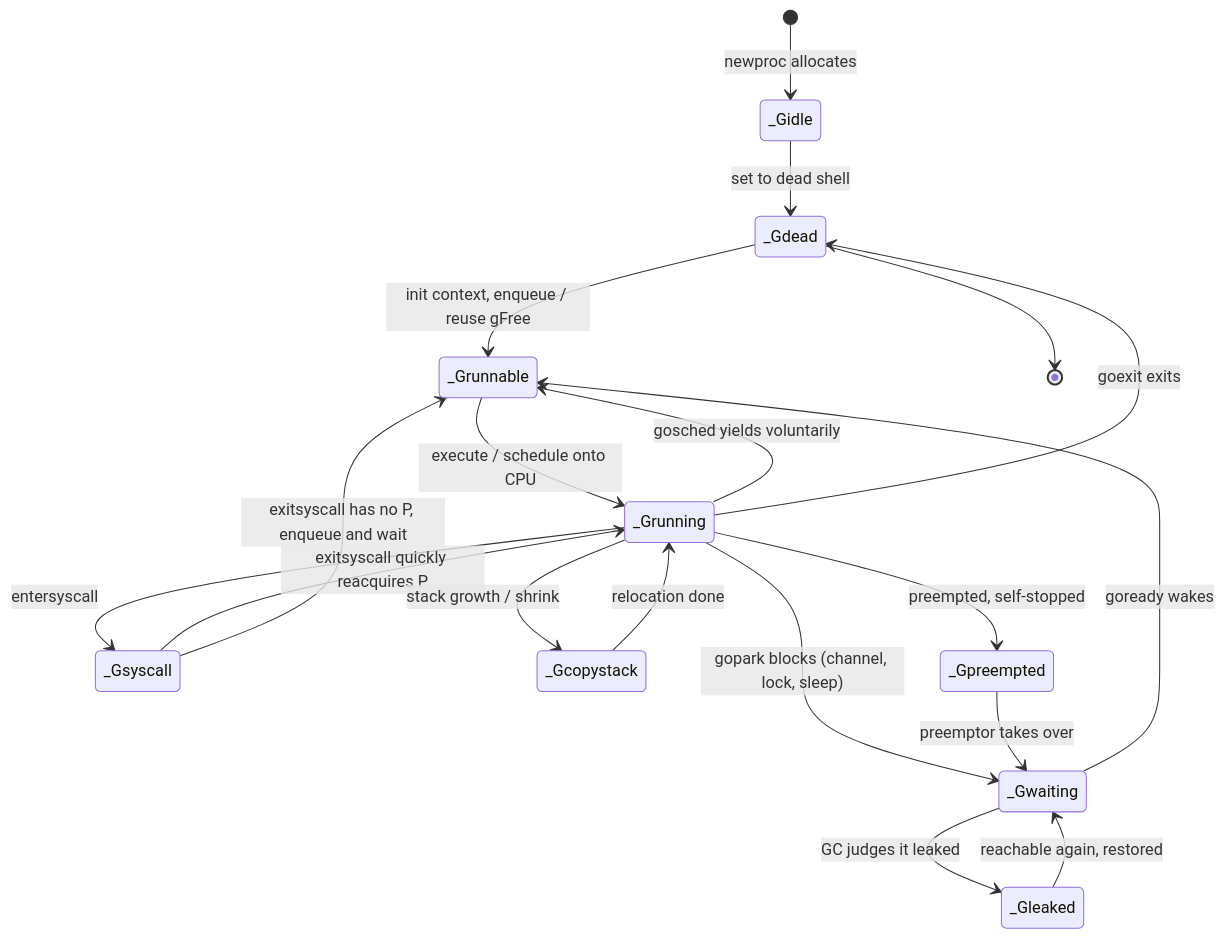
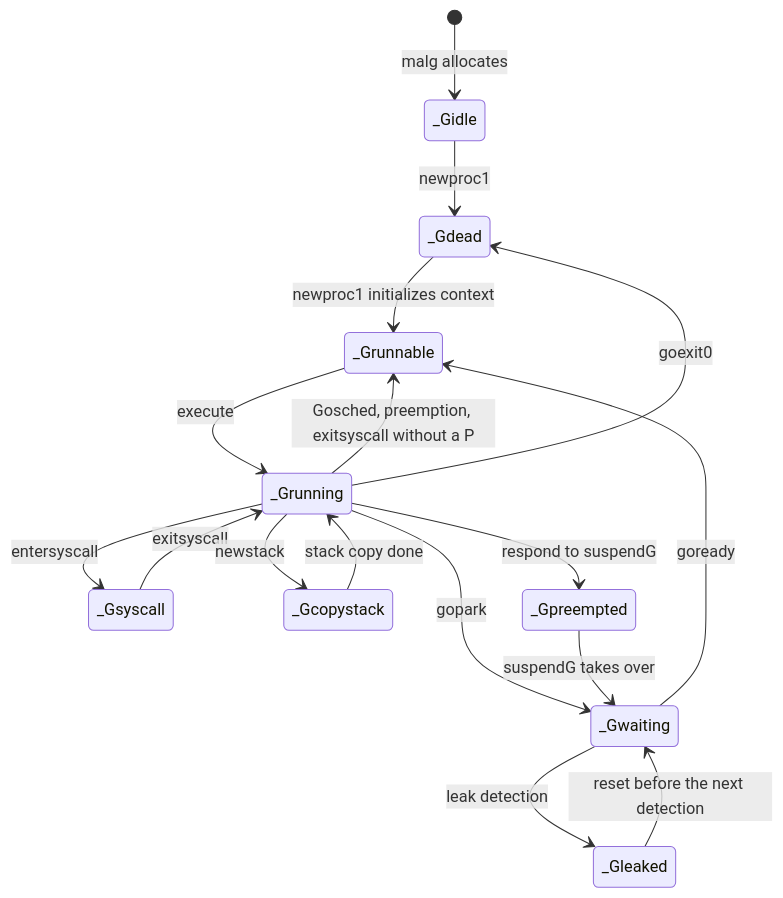
The diagram in book/en-us/part3concurrency/ch09sched/mpg.md (golang-design/under-the-hood), drawn with Mermaid before and after one commit. The commit also changed other lines of this file and 30 other files, not shown here.

````diff
--- a/book/en-us/part3concurrency/ch09sched/mpg.md
+++ b/book/en-us/part3concurrency/ch09sched/mpg.md
@@ -145,21 +323,19 @@
 ```mermaid
 stateDiagram-v2
-    [*] --> _Gidle: newproc allocates
-    _Gidle --> _Gdead: set to dead shell
-    _Gdead --> _Grunnable: init context, enqueue / reuse gFree
-    _Grunnable --> _Grunning: execute / schedule onto CPU
-    _Grunning --> _Grunnable: gosched yields voluntarily
-    _Grunning --> _Gwaiting: gopark blocks (channel, lock, sleep)
-    _Gwaiting --> _Grunnable: goready wakes
+    [*] --> _Gidle: malg allocates
+    _Gidle --> _Gdead: newproc1
+    _Gdead --> _Grunnable: newproc1 initializes context
+    _Grunnable --> _Grunning: execute
+    _Grunning --> _Grunnable: Gosched, preemption, exitsyscall without a P
+    _Grunning --> _Gwaiting: gopark
+    _Gwaiting --> _Grunnable: goready
     _Grunning --> _Gsyscall: entersyscall
-    _Gsyscall --> _Grunning: exitsyscall quickly reacquires P
-    _Gsyscall --> _Grunnable: exitsyscall has no P, enqueue and wait
-    _Grunning --> _Gcopystack: stack growth / shrink
-    _Gcopystack --> _Grunning: relocation done
-    _Grunning --> _Gpreempted: preempted, self-stopped
-    _Gpreempted --> _Gwaiting: preemptor takes over
-    _Gwaiting --> _Gleaked: GC judges it leaked
-    _Gleaked --> _Gwaiting: reachable again, restored
-    _Grunning --> _Gdead: goexit exits
-    _Gdead --> [*]
+    _Gsyscall --> _Grunning: exitsyscall
+    _Grunning --> _Gcopystack: newstack
+    _Gcopystack --> _Grunning: stack copy done
+    _Grunning --> _Gpreempted: respond to suspendG
+    _Gpreempted --> _Gwaiting: suspendG takes over
+    _Gwaiting --> _Gleaked: leak detection
+    _Gleaked --> _Gwaiting: reset before the next detection
+    _Grunning --> _Gdead: goexit0
 ```
````
